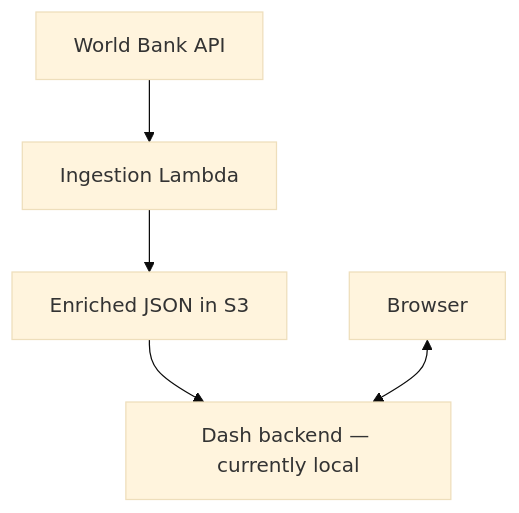
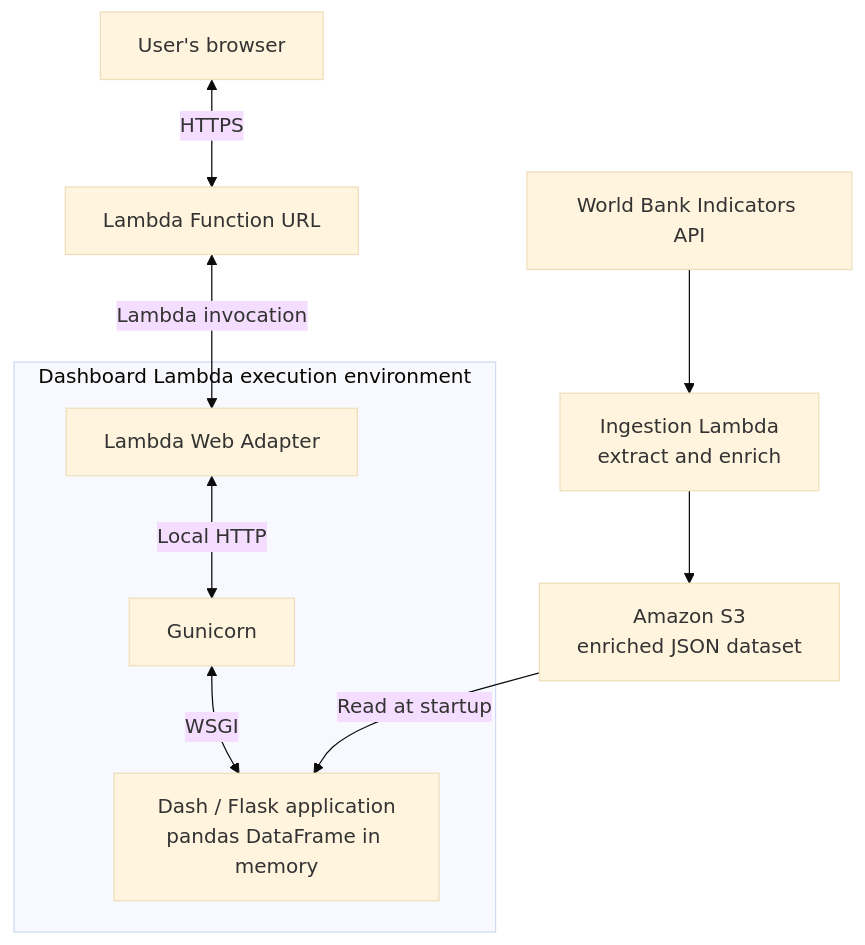
One commit to Seif-Wessam/world-population-interactive-visualisation changed the first of 2 diagrams in README.md. Above: the diagram before and after it, drawn with Mermaid (base theme). The commit also changed other lines of this file, not shown here.

````diff
--- a/README.md
+++ b/README.md
@@ -55,7 +38,12 @@
 ```mermaid
 flowchart TD
-    API["World Bank API"] --> Ingestion["Ingestion Lambda"]
-    Ingestion --> S3["Enriched JSON in S3"]
-    S3 --> Dash["Dash backend — currently local"]
-    Browser["Browser"] <--> Dash
+    WB["World Bank Indicators API"] --> ING["Ingestion Lambda<br/>extract and enrich"]
+    ING --> S3["Amazon S3<br/>enriched JSON dataset"]
+    USER["User's browser"] <-->|"HTTPS"| URL["Lambda Function URL"]
+    subgraph DL["Dashboard Lambda execution environment"]
+        ADAPTER["Lambda Web Adapter"] <-->|"Local HTTP"| GUNI["Gunicorn"]
+        GUNI <-->|"WSGI"| DASH["Dash / Flask application<br/>pandas DataFrame in memory"]
+    end
+    URL <-->|"Lambda invocation"| ADAPTER
+    S3 -->|"Read at startup"| DASH
 ```
````
